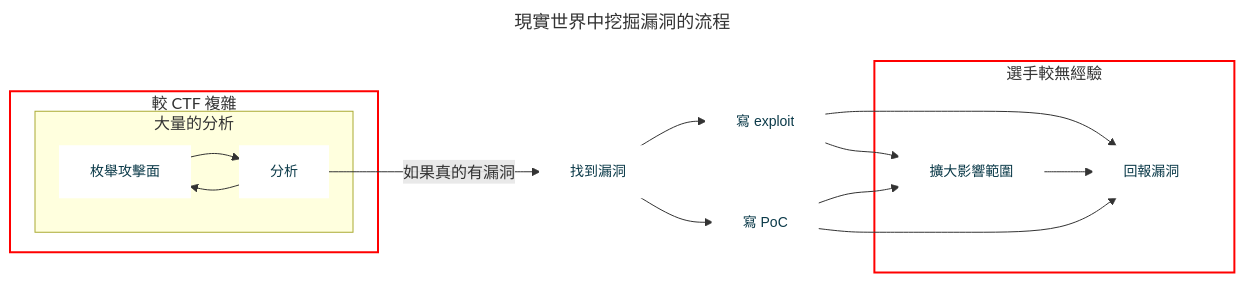
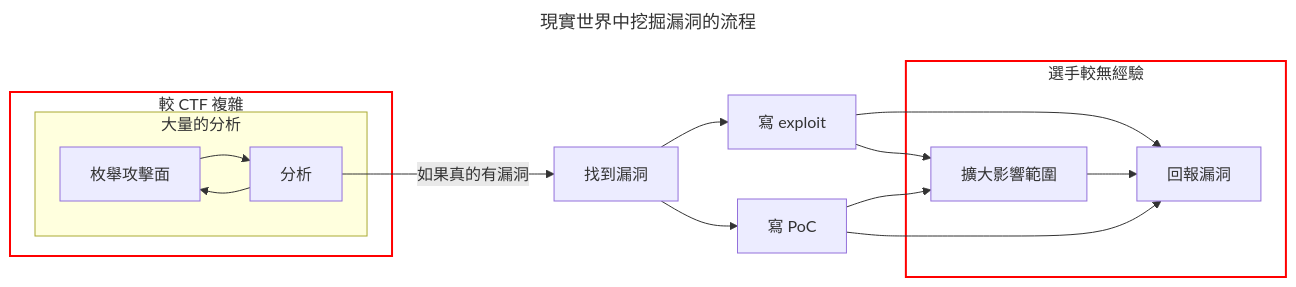
Before and after one commit to terrynini/terrynini.github.io: the third of 3 diagrams in src/pages/posts/2024-CTF轉生—不轉生就拿出真本事.mdx, drawn with Mermaid. The commit also changed other lines of this file, not shown here.

Commit message:
Update: mermaid style

````diff
--- a/src/pages/posts/2024-CTF轉生—不轉生就拿出真本事.mdx
+++ b/src/pages/posts/2024-CTF轉生—不轉生就拿出真本事.mdx
@@ -114,37 +112,36 @@
 ```mermaid
 ---
 title: 現實世界中挖掘漏洞的流程
 ---
 flowchart LR
-classDef default fill:white,stroke:white,stroke-width:2px,font-size:14px,font-family:sans-serif,color:#0b3a49;
 
 subgraph p1[較 CTF 複雜]
 subgraph 大量的分析
   class 大量的分析 highlight;
   枚舉攻擊面-->分析-->枚舉攻擊面
 end
 end
 class 枚舉攻擊面,分析 highlight;
 
 分析--如果真的有漏洞-->find["找到漏洞"]
 find-->exp["寫 exploit"]
 find-->poc["寫 PoC"]
 
 class find important;
 class exp important;
 subgraph p2[選手較無經驗]
 回報漏洞
 expand
 end
 exp-->回報漏洞
 poc-->expand
 exp-->expand["擴大影響範圍"]
 poc-->回報漏洞
 expand-->回報漏洞
 
 class p1 redBorder;
 class p2 redBorder;
   
 %% 定義紅框的樣式
 classDef redBorder stroke:#ff0000,stroke-width:2px,fill:transparent;
 ```
````
